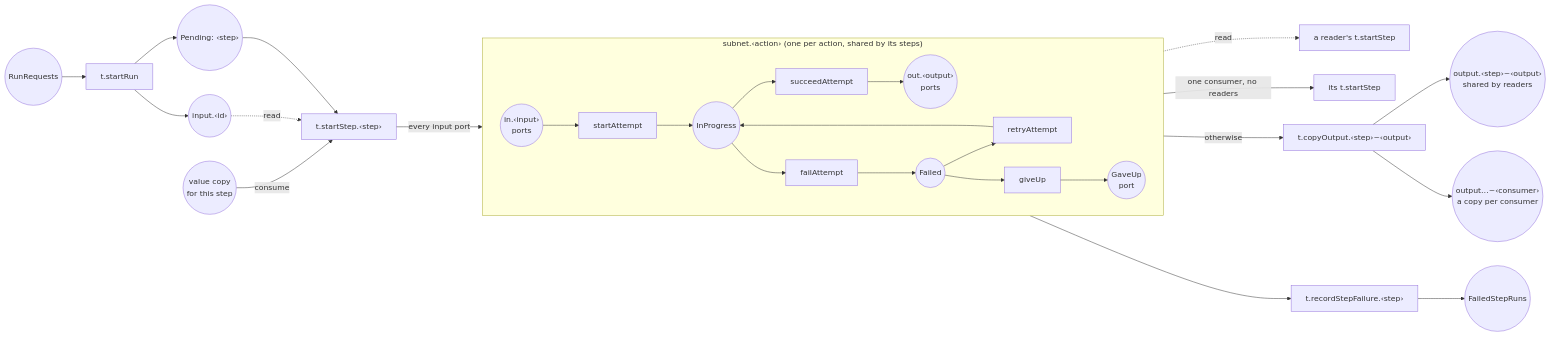
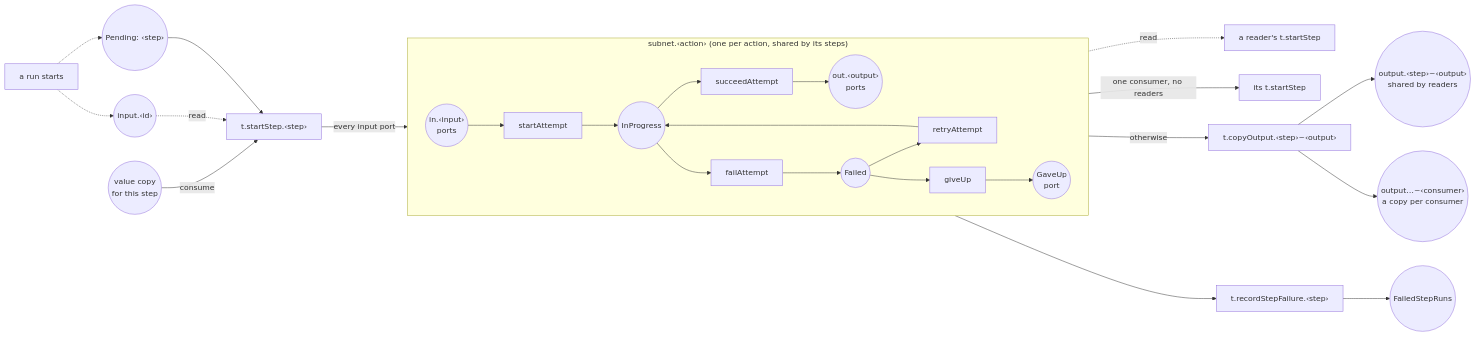
The second of 3 diagrams in libs/@local/flow-petri-net/README.md (hashintel/hash), drawn with Mermaid before and after one commit. The commit also changed other lines of this file and 6 other files, not shown here.

Commit message:
Start a run by putting its tokens in the places the net's metadata lists, rather than through a RunRequests place and startRun transition

````diff
--- a/libs/@local/flow-petri-net/README.md
+++ b/libs/@local/flow-petri-net/README.md
@@ -52,33 +52,32 @@
 ```mermaid
 flowchart LR
-  runRequests(("RunRequests")) --> startRun["t.startRun"]
-  startRun --> inputPlace(("input.‹id›"))
-  startRun --> pending(("Pending: ‹step›"))
+  runStart["a run starts"] -.-> inputPlace(("input.‹id›"))
+  runStart -.-> pending(("Pending: ‹step›"))
 
   pending --> startStep["t.startStep.‹step›"]
   inputPlace -. read .-> startStep
   upstreamCopy(("value copy<br/>for this step")) -- consume --> startStep
 
   subgraph subnet ["subnet.‹action› (one per action, shared by its steps)"]
     direction LR
     inPorts(("in.‹input›<br/>ports")) --> startAttempt["startAttempt"]
     startAttempt --> inProgress(("InProgress"))
     inProgress --> succeedAttempt["succeedAttempt"]
     succeedAttempt --> outPorts(("out.‹output›<br/>ports"))
     inProgress --> failAttempt["failAttempt"]
     failAttempt --> failed(("Failed"))
     failed --> retryAttempt["retryAttempt"]
     retryAttempt --> inProgress
     failed --> giveUp["giveUp"]
     giveUp --> gaveUp(("GaveUp<br/>port"))
   end
 
   startStep -- every input port --> inPorts
   outPorts -. read .-> reader["a reader's t.startStep"]
   outPorts -- "one consumer, no readers" --> consumer["its t.startStep"]
   outPorts -- "otherwise" --> copy["t.copyOutput.‹step›~‹output›"]
   copy --> shared(("output.‹step›~‹output›<br/>shared by readers"))
   copy --> copies(("output…~‹consumer›<br/>a copy per consumer"))
   gaveUp --> recordStepFailure["t.recordStepFailure.‹step›"]
   recordStepFailure --> failedStepRuns(("FailedStepRuns"))
 ```
````
